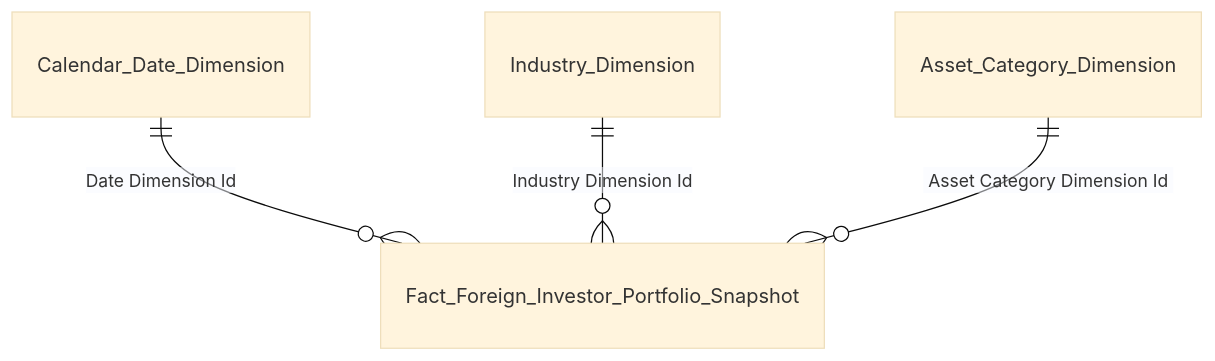
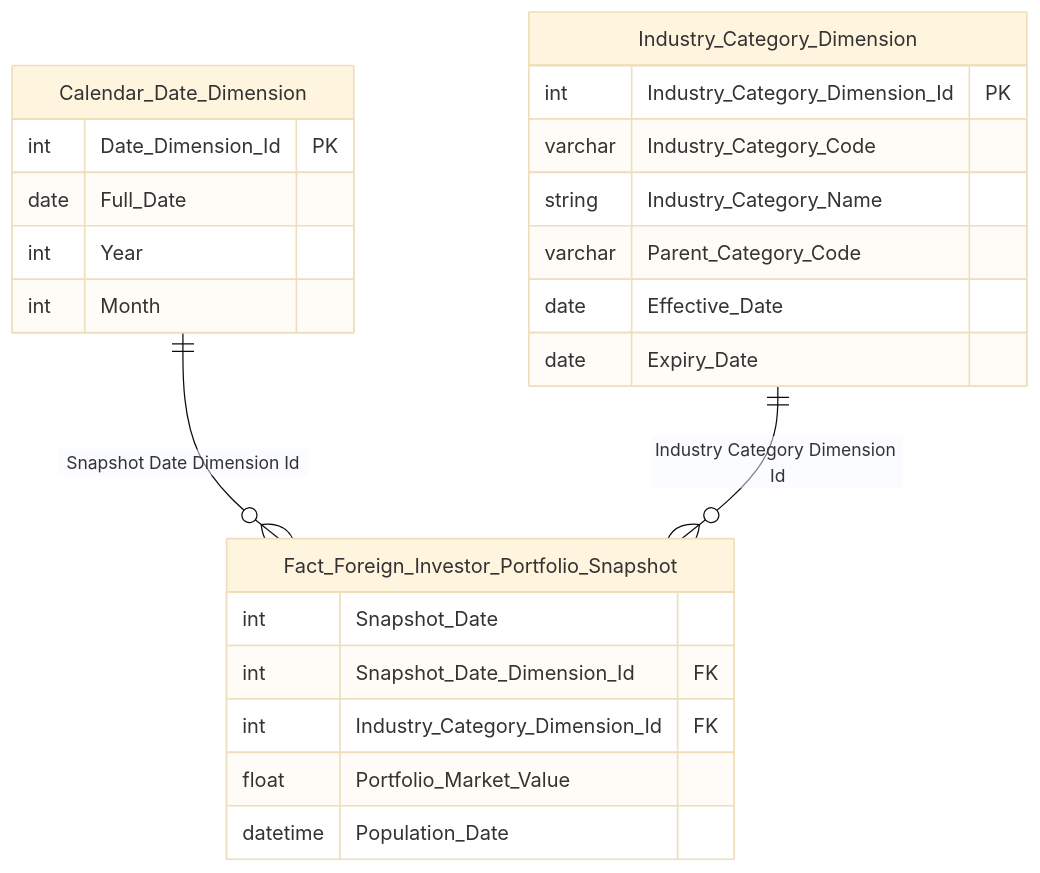
Diagram 18 of 28 in Gold/hld/GOLD_NDTNN_HLD.md (linhlvit/ubck_atomic_design), drawn with Mermaid (base theme) before and after one commit. The commit also changed other lines of this file and 12 other files, not shown here.

````diff
--- a/Gold/hld/GOLD_NDTNN_HLD.md
+++ b/Gold/hld/GOLD_NDTNN_HLD.md
@@ -489,6 +891,27 @@
 ```mermaid
 erDiagram
-    Calendar_Date_Dimension ||--o{ Fact_Foreign_Investor_Portfolio_Snapshot : "Date Dimension Id"
-    Industry_Dimension ||--o{ Fact_Foreign_Investor_Portfolio_Snapshot : "Industry Dimension Id"
-    Asset_Category_Dimension ||--o{ Fact_Foreign_Investor_Portfolio_Snapshot : "Asset Category Dimension Id"
+    Calendar_Date_Dimension {
+        int Date_Dimension_Id PK
+        date Full_Date
+        int Year
+        int Month
+    }
+    Industry_Category_Dimension {
+        int Industry_Category_Dimension_Id PK
+        varchar Industry_Category_Code
+        string Industry_Category_Name
+        varchar Parent_Category_Code
+        date Effective_Date
+        date Expiry_Date
+    }
+    Fact_Foreign_Investor_Portfolio_Snapshot {
+        int Snapshot_Date
+        int Snapshot_Date_Dimension_Id FK
+        int Industry_Category_Dimension_Id FK
+        float Portfolio_Market_Value
+        datetime Population_Date
+    }
+
+    Calendar_Date_Dimension ||--o{ Fact_Foreign_Investor_Portfolio_Snapshot : "Snapshot Date Dimension Id"
+    Industry_Category_Dimension ||--o{ Fact_Foreign_Investor_Portfolio_Snapshot : "Industry Category Dimension Id"
 ```
````
